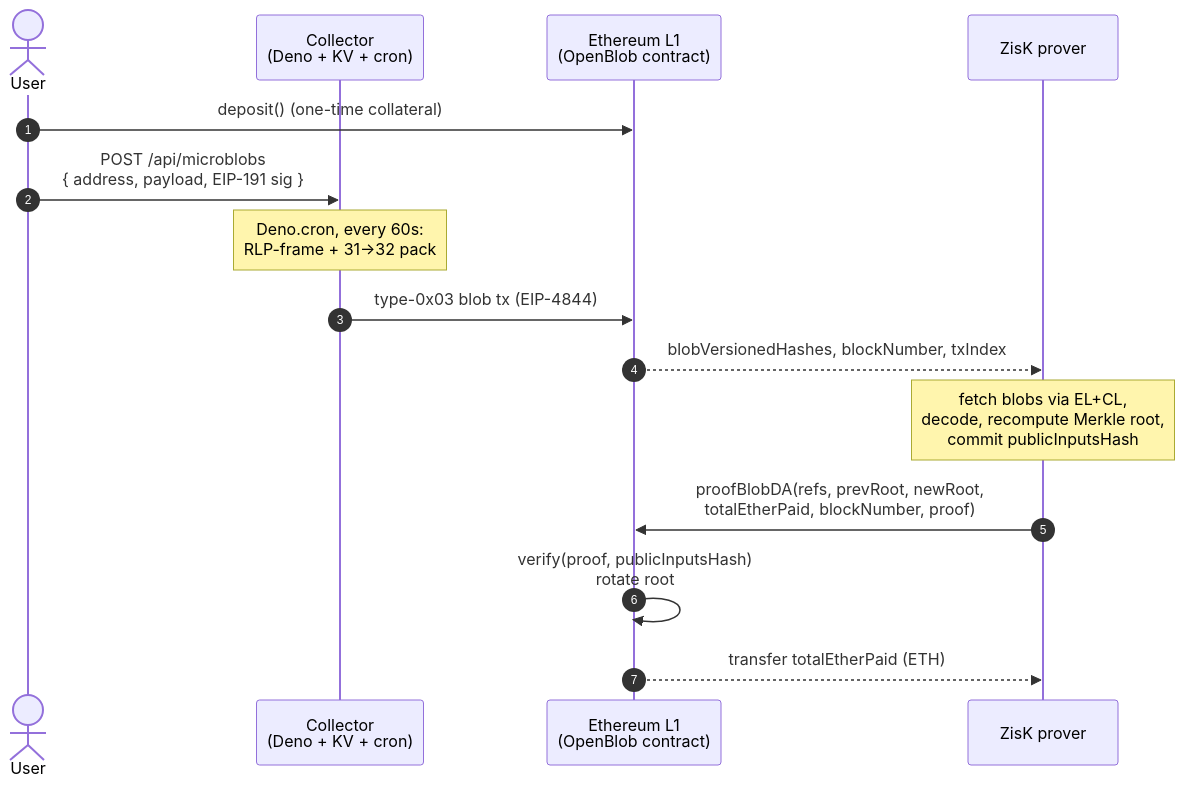
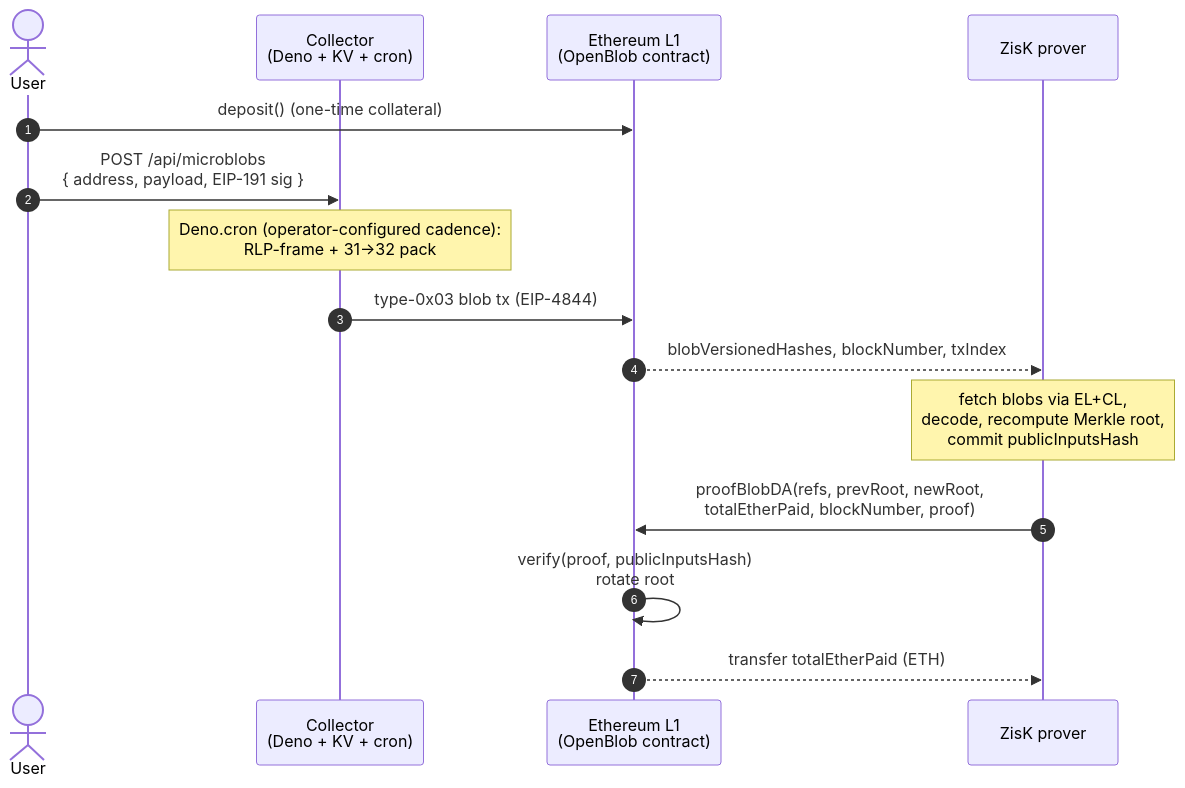
One commit to OpenBlob/openBlob changed the diagram in README.md. Above: the diagram before and after it, drawn with Mermaid. The commit also changed other lines of this file and 3 other files, not shown here.

````diff
--- a/README.md
+++ b/README.md
@@ -32,18 +32,18 @@
 ```mermaid
 sequenceDiagram
     autonumber
     actor User
     participant Collector as Collector<br/>(Deno + KV + cron)
     participant L1 as Ethereum L1<br/>(OpenBlob contract)
     participant Prover as ZisK prover
 
     User->>L1: deposit() (one-time collateral)
     User->>Collector: POST /api/microblobs<br/>{ address, payload, EIP-191 sig }
-    Note over Collector: Deno.cron, every 60s:<br/>RLP-frame + 31→32 pack
+    Note over Collector: Deno.cron (operator-configured cadence):<br/>RLP-frame + 31→32 pack
     Collector->>L1: type-0x03 blob tx (EIP-4844)
     L1-->>Prover: blobVersionedHashes, blockNumber, txIndex
     Note over Prover: fetch blobs via EL+CL,<br/>decode, recompute Merkle root,<br/>commit publicInputsHash
     Prover->>L1: proofBlobDA(refs, prevRoot, newRoot,<br/>totalEtherPaid, blockNumber, proof)
     L1->>L1: verify(proof, publicInputsHash)<br/>rotate root
     L1-->>Prover: transfer totalEtherPaid (ETH)
 ```
````
